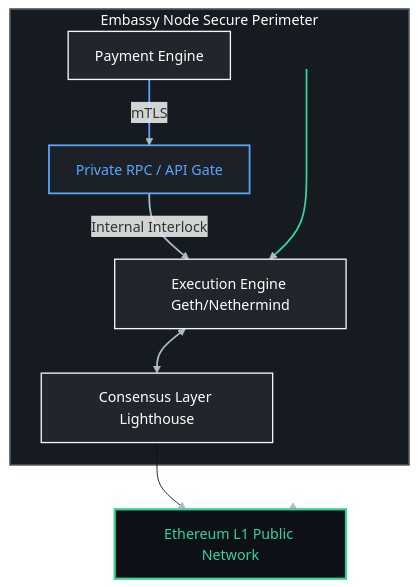
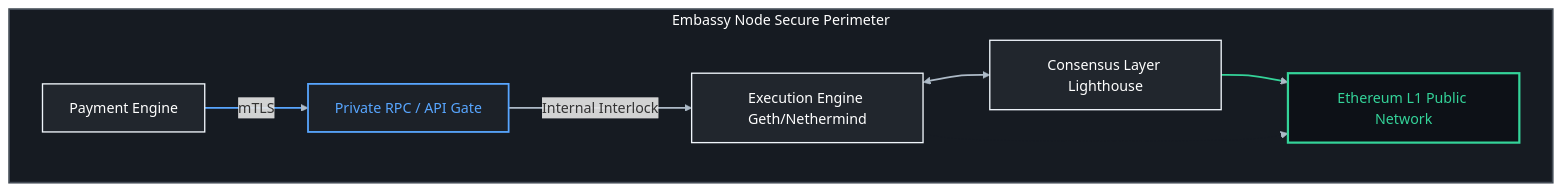
Before and after one commit to fxsecltd/demi-sro: the diagram in draft-shubralov-demi-sro-payment-security.md, drawn with Mermaid.

````diff
--- a/draft-shubralov-demi-sro-payment-security.md
+++ b/draft-shubralov-demi-sro-payment-security.md
@@ -392,33 +392,28 @@
 ```mermaid
 graph TD
     subgraph Perimeter [Embassy Node Secure Perimeter]
         PE[Payment Engine] -- mTLS --> RPC[Private RPC / API Gate]
         RPC -->|Internal Interlock| EE[Execution Engine Geth/Nethermind]
         EE <--> CL[Consensus Layer Lighthouse]
         
-        %% Инженерный хак: Узел-распорка для принудительного расширения высоты подложки
-        SPACER[ ] ---> EE
+        %% Переносим блок фундамента внутрь, фиксируя его положение
+        CL --> ETH[Ethereum L1 Public Network]
+        EE -.-> ETH
     end
-    
-    %% Центрирование нижнего блока
-    CL --> ETH[Ethereum L1 Public Network]
-    EE -.-> ETH
 
     %% Стилизация высококонтрастных цветов (GitHub Dark High Contrast)
     style Perimeter fill:#161b22,stroke:#444c56,stroke-width:2px,color:#ffffff
     style PE fill:#21262d,stroke:#f0f6fc,stroke-width:1.5px,color:#ffffff
     style RPC fill:#1c2128,stroke:#58a6ff,stroke-width:2px,color:#58a6ff
     style EE fill:#21262d,stroke:#f0f6fc,stroke-width:1.5px,color:#ffffff
     style CL fill:#21262d,stroke:#f0f6fc,stroke-width:1.5px,color:#ffffff
+    
+    %% Выделяем Ethereum L1 как суверенную внешнюю сеть, несмотря на внутреннее размещение
     style ETH fill:#0d1117,stroke:#34d399,stroke-width:2.5px,color:#34d399
-
-    %% Полная маскировка узла-распорки и его связей под цвет фона
-    style SPACER fill:#161b22,stroke:#161b22,stroke-width:0px,color:#161b22
 
     %% Кастомизация стрелок для максимальной видимости и маскировки
     linkStyle default stroke:#adbac7,stroke-width:2px;
     linkStyle 0 stroke:#58a6ff,stroke-width:2px;
     linkStyle 3 stroke:#34d399,stroke-width:2px;
-    linkStyle 4 stroke:#0d1117,stroke-width:1px;
-    linkStyle 5 stroke:#161b22,stroke-width:0px;
+    linkStyle 4 stroke:#161b22,stroke-width:1px;
 ```
````
